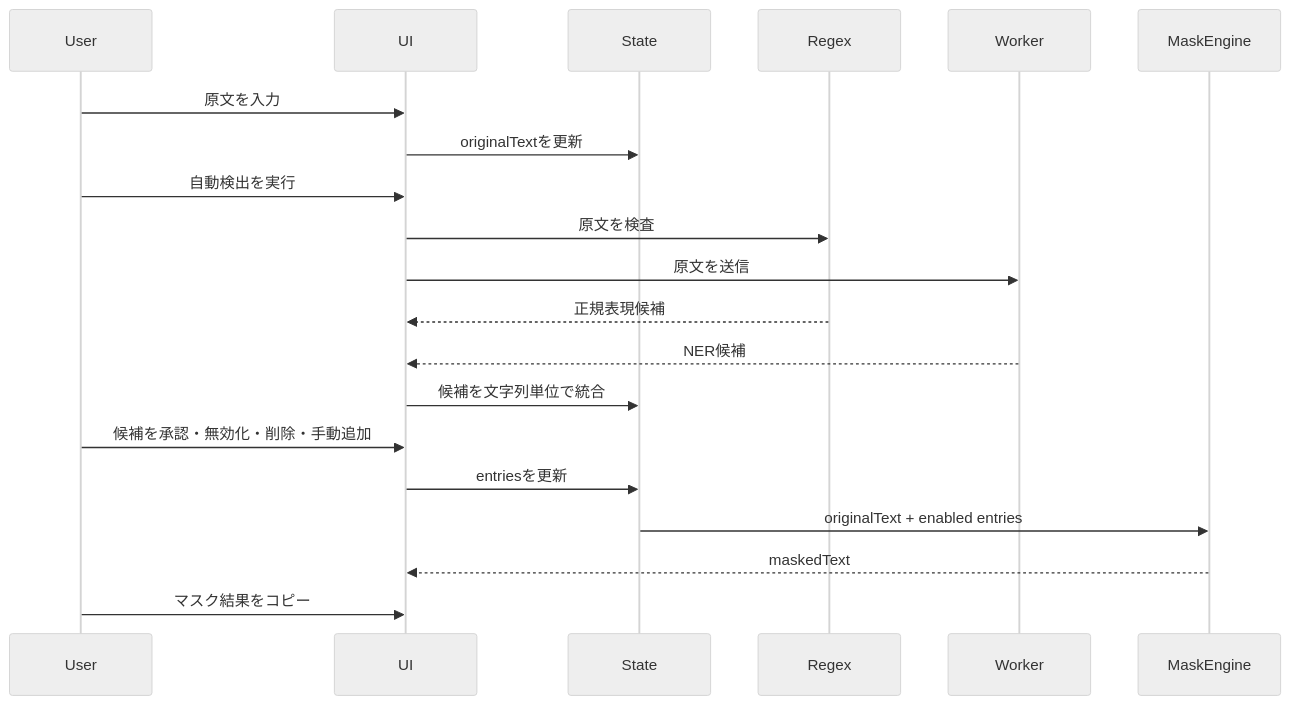
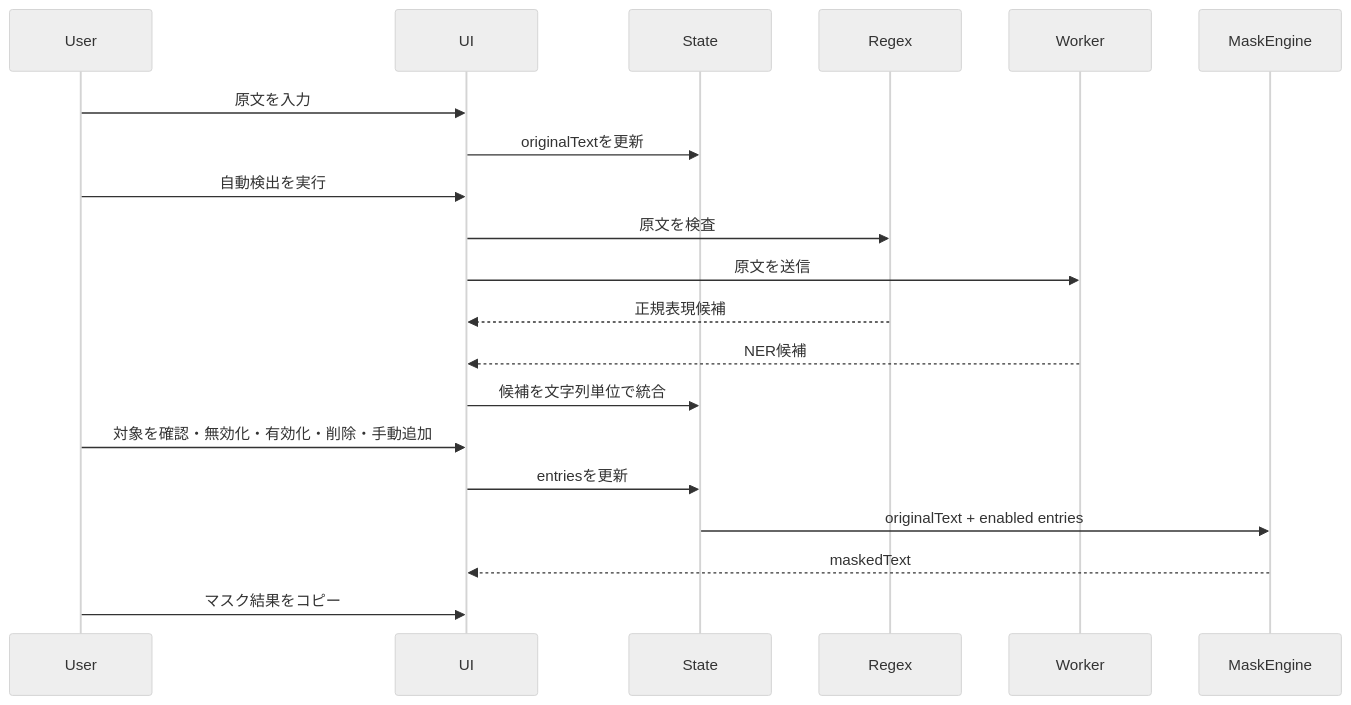
Before and after one commit to Bamboosato/local-pii-masker: the second of 5 diagrams in docs/architecture.md, drawn with Mermaid (neutral theme). The commit also changed other lines of this file and 63 other files, not shown here.

````diff
--- a/docs/architecture.md
+++ b/docs/architecture.md
@@ -94,23 +96,23 @@
 ```mermaid
 sequenceDiagram
     participant User
     participant UI
     participant State
     participant Regex
     participant Worker
     participant MaskEngine
 
     User->>UI: 原文を入力
     UI->>State: originalTextを更新
     User->>UI: 自動検出を実行
     UI->>Regex: 原文を検査
     UI->>Worker: 原文を送信
     Regex-->>UI: 正規表現候補
     Worker-->>UI: NER候補
     UI->>State: 候補を文字列単位で統合
-    User->>UI: 候補を承認・無効化・削除・手動追加
+    User->>UI: 対象を確認・無効化・有効化・削除・手動追加
     UI->>State: entriesを更新
     State->>MaskEngine: originalText + enabled entries
     MaskEngine-->>UI: maskedText
     User->>UI: マスク結果をコピー
 ```
````
